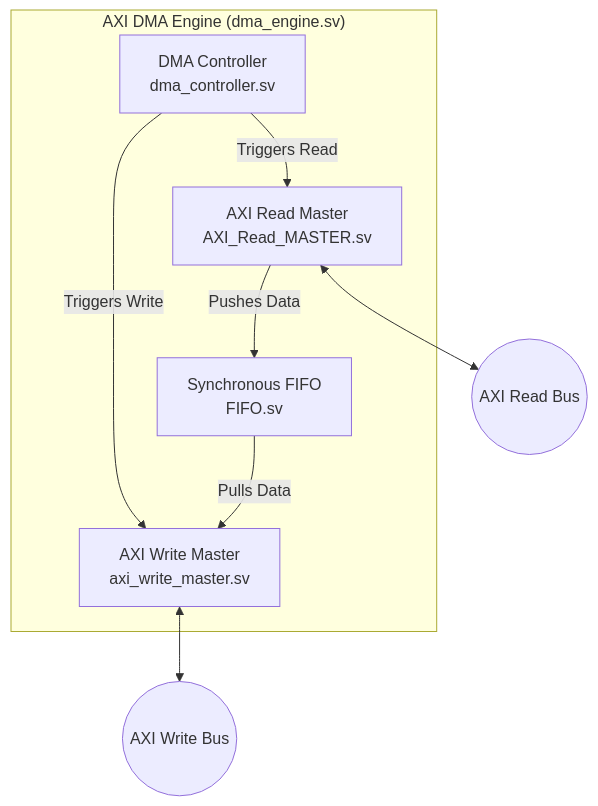
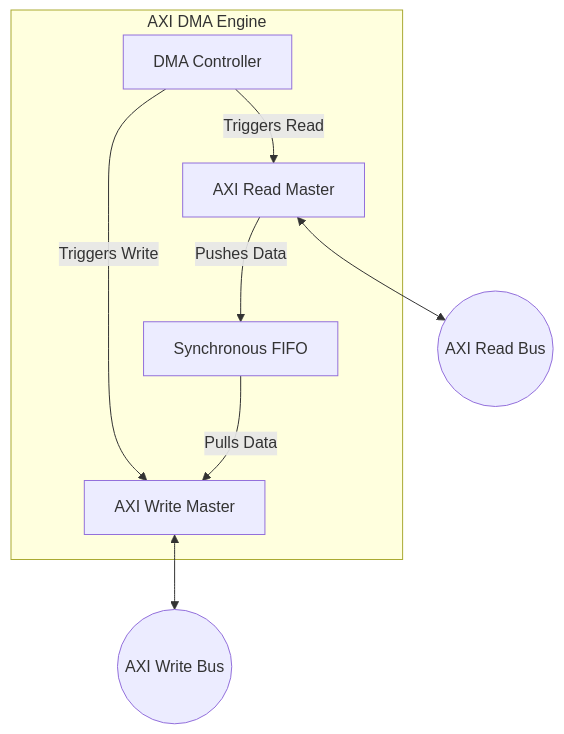
Before and after one commit to Youssef-Fd/AXI-Based-DMA-Design: the diagram in README.md, drawn with Mermaid.

````diff
--- a/README.md
+++ b/README.md
@@ -35,21 +35,21 @@
 ```mermaid
 graph TD
-    subgraph "AXI DMA Engine (dma_engine.sv)"
-        Controller[DMA Controller <br/> dma_controller.sv]
-        ReadMaster[AXI Read Master <br/> AXI_Read_MASTER.sv]
-        WriteMaster[AXI Write Master <br/> axi_write_master.sv]
-        FIFO[Synchronous FIFO <br/> FIFO.sv]
+    subgraph "AXI DMA Engine"
+        Controller[DMA Controller]
+        ReadMaster[AXI Read Master]
+        WriteMaster[AXI Write Master]
+        FIFO[Synchronous FIFO]
     end
 
     AXI_Read_Bus((AXI Read Bus))
     AXI_Write_Bus((AXI Write Bus))
     
     %% Connections
     Controller -->|Triggers Read| ReadMaster
     Controller -->|Triggers Write| WriteMaster
     ReadMaster -->|Pushes Data| FIFO
     FIFO -->|Pulls Data| WriteMaster
     
     ReadMaster <--> AXI_Read_Bus
     WriteMaster <--> AXI_Write_Bus
 ```
````
